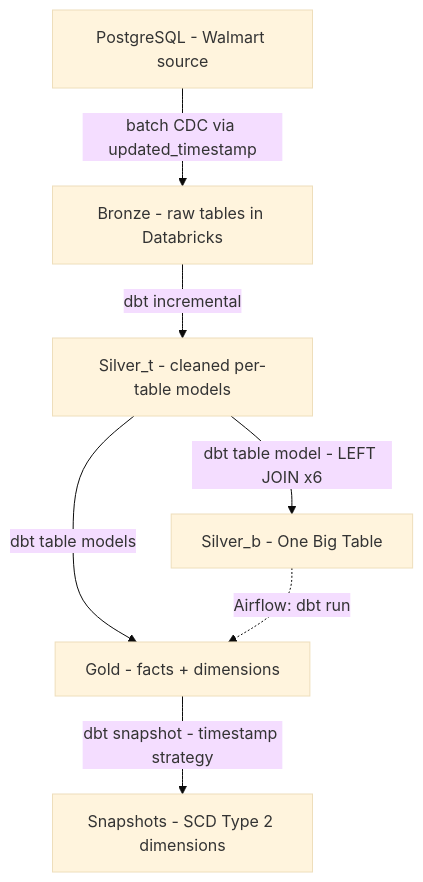
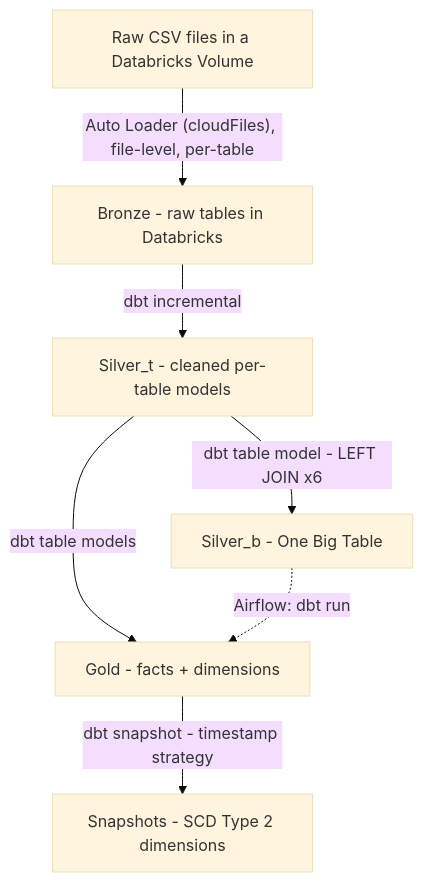
One commit to chao797Adam/walmart_case changed the diagram in README.md. Above: the diagram before and after it, drawn with Mermaid (base theme). The commit also changed other lines of this file, not shown here.

````diff
--- a/README.md
+++ b/README.md
@@ -28,9 +30,9 @@
 ```mermaid
 flowchart TD
-    A["PostgreSQL - Walmart source"] -->|"batch CDC via updated_timestamp"| B["Bronze - raw tables in Databricks"]
+    A["Raw CSV files in a Databricks Volume"] -->|"Auto Loader (cloudFiles), file-level, per-table"| B["Bronze - raw tables in Databricks"]
     B -->|"dbt incremental"| C["Silver_t - cleaned per-table models"]
     C -->|"dbt table model - LEFT JOIN x6"| D["Silver_b - One Big Table"]
     C -->|"dbt table models"| E["Gold - facts + dimensions"]
     E -->|"dbt snapshot - timestamp strategy"| F["Snapshots - SCD Type 2 dimensions"]
     D -.->|"Airflow: dbt run"| E
 ```
````
